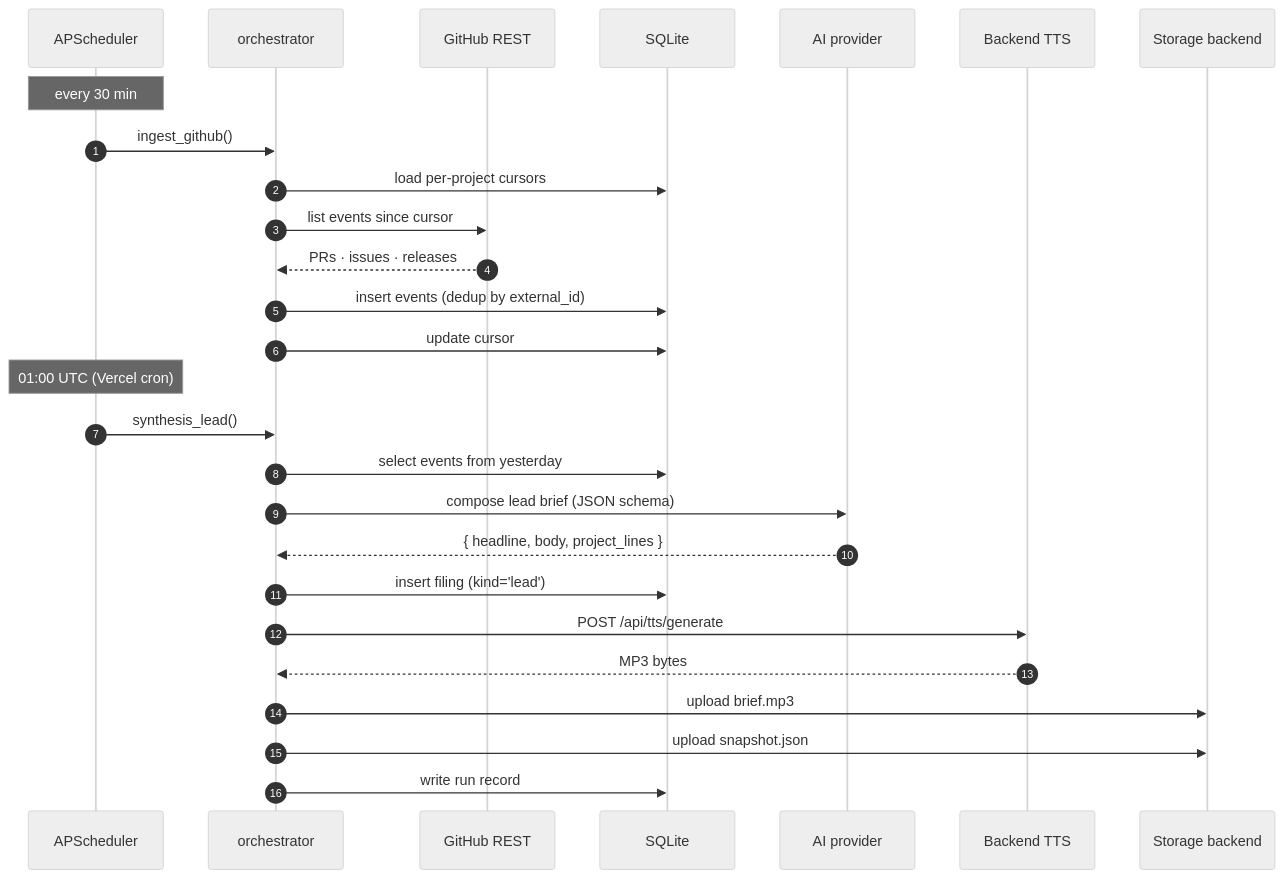
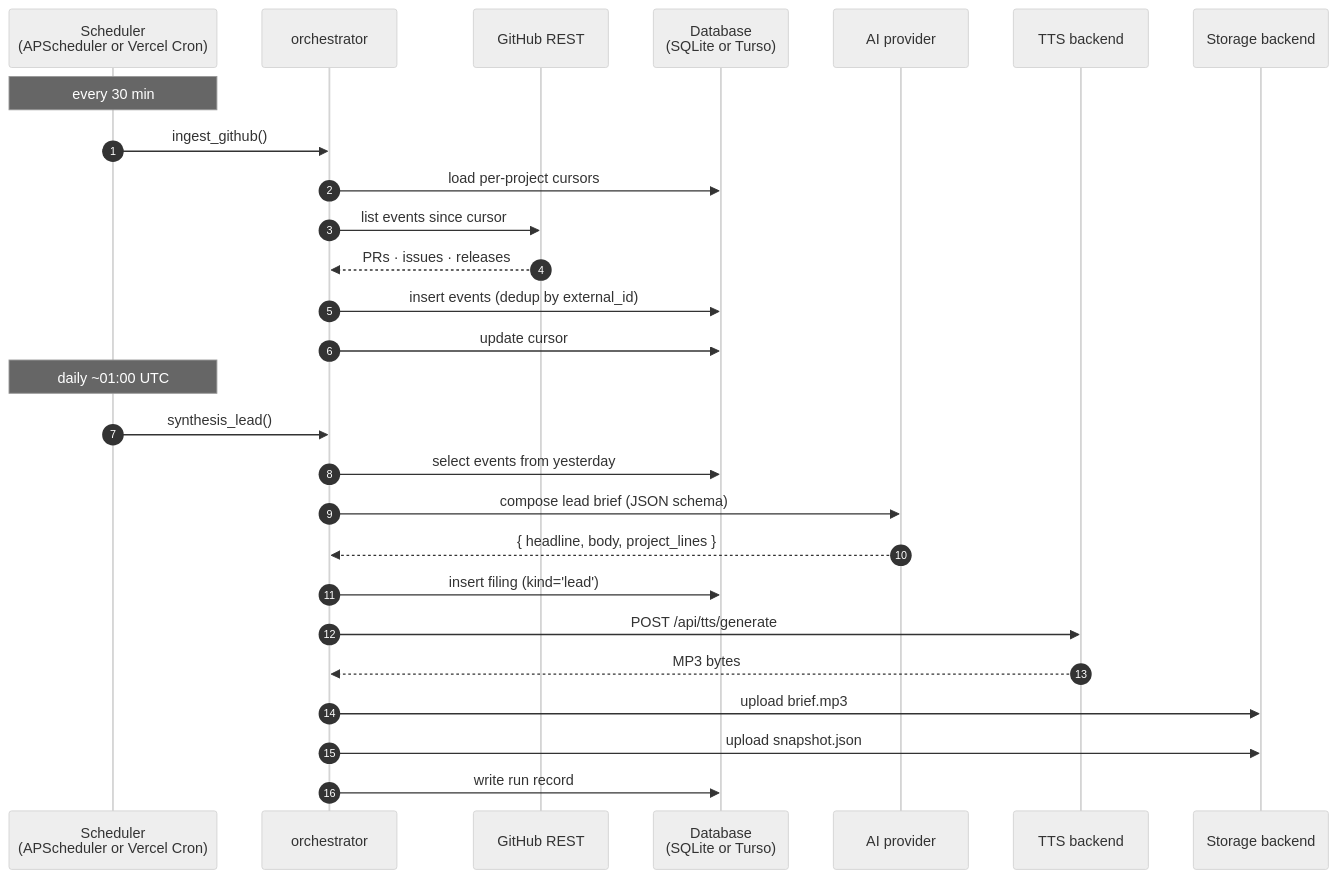
The second of 6 diagrams in docs/architecture/DATA-FLOW.md (markdavidgan/dispatch), drawn with Mermaid (neutral theme) before and after one commit. The commit also changed other lines of this file and 4 other files, not shown here.

First line of the commit message:
docs(architecture): restructure docs around two deployment modes

````diff
--- a/docs/architecture/DATA-FLOW.md
+++ b/docs/architecture/DATA-FLOW.md
@@ -66,32 +76,32 @@
 ```mermaid
 sequenceDiagram
     autonumber
-    participant Sched as APScheduler
+    participant Sched as Scheduler<br/>(APScheduler or Vercel Cron)
     participant Orch as orchestrator
     participant GH as GitHub REST
-    participant DB as SQLite
+    participant DB as Database<br/>(SQLite or Turso)
     participant AI as AI provider
-    participant TTS as Backend TTS
+    participant TTS as TTS backend
     participant ST as Storage backend
 
     Note over Sched: every 30 min
     Sched->>Orch: ingest_github()
     Orch->>DB: load per-project cursors
     Orch->>GH: list events since cursor
     GH-->>Orch: PRs · issues · releases
     Orch->>DB: insert events (dedup by external_id)
     Orch->>DB: update cursor
 
-    Note over Sched: 01:00 UTC (Vercel cron)
+    Note over Sched: daily ~01:00 UTC
     Sched->>Orch: synthesis_lead()
     Orch->>DB: select events from yesterday
     Orch->>AI: compose lead brief (JSON schema)
     AI-->>Orch: { headline, body, project_lines }
     Orch->>DB: insert filing (kind='lead')
 
     Orch->>TTS: POST /api/tts/generate
     TTS-->>Orch: MP3 bytes
     Orch->>ST: upload brief.mp3
     Orch->>ST: upload snapshot.json
     Orch->>DB: write run record
 ```
````
